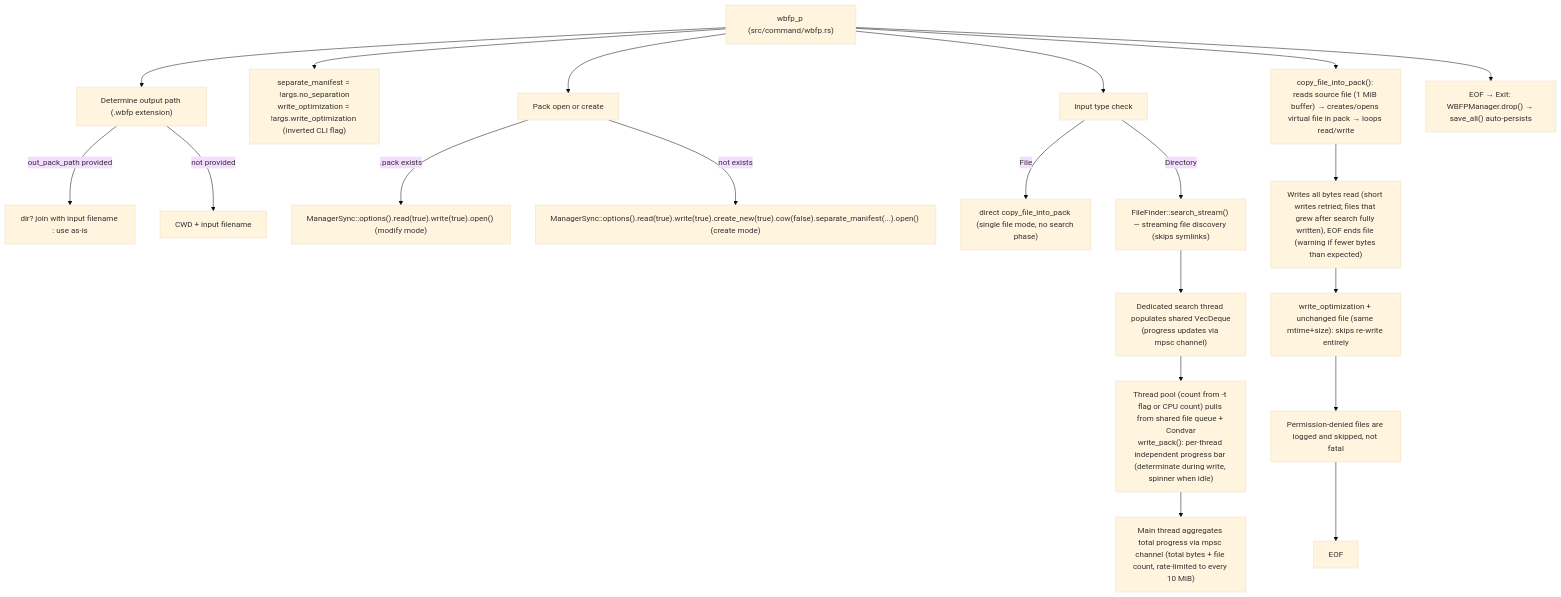
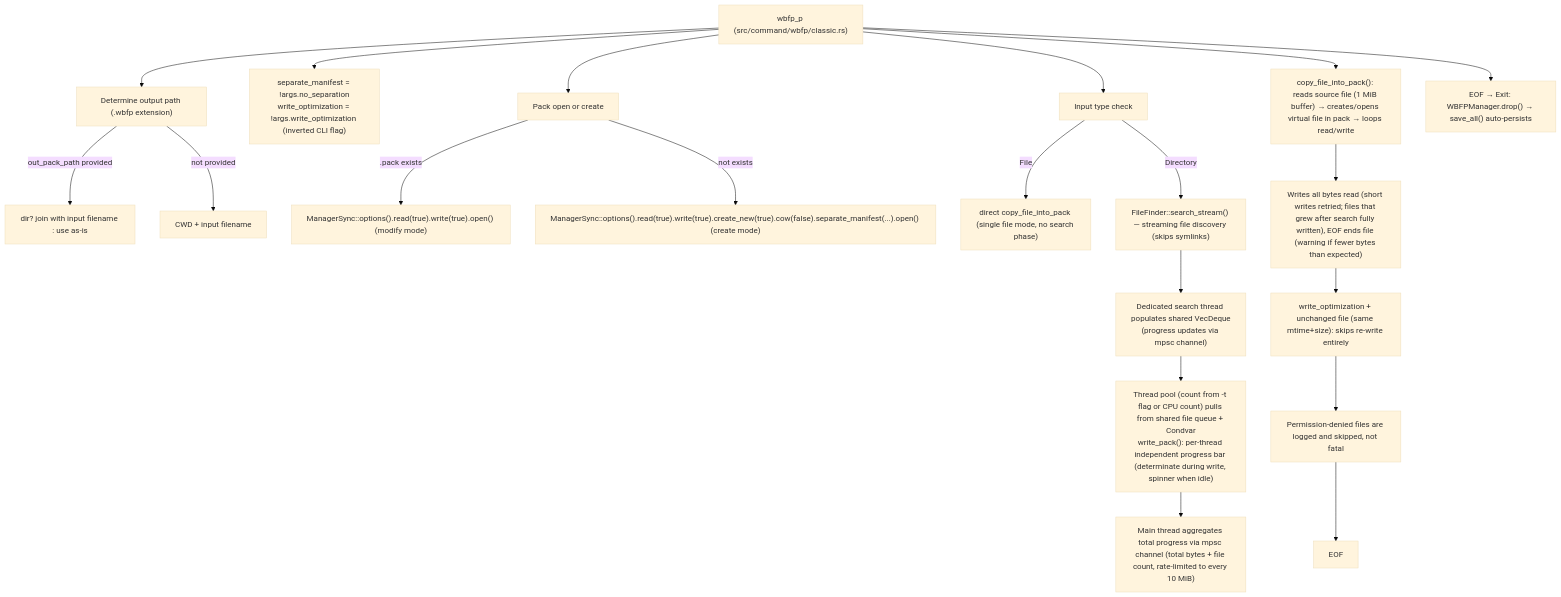
One commit to WaterBall20/water_ball_tool changed the fifth of 9 diagrams in ARCHITECTURE.md. Above: the diagram before and after it, drawn with Mermaid (base theme). The commit also changed other lines of this file and 63 other files, not shown here.

````diff
--- a/ARCHITECTURE.md
+++ b/ARCHITECTURE.md
@@ -895,23 +951,23 @@
 ```mermaid
 flowchart TD
-    P["wbfp_p (src/command/wbfp.rs)"]
+    P["wbfp_p (src/command/wbfp/classic.rs)"]
     P --> D["Determine output path (.wbfp extension)"]
     D -->|" out_pack_path provided "| D1["dir? join with input filename : use as-is"]
     D -->|" not provided "| D2["CWD + input filename"]
     P --> S["separate_manifest = !args.no_separation<br/>write_optimization = !args.write_optimization (inverted CLI flag)"]
     P --> O["Pack open or create"]
     O -->|" .pack exists "| O1["ManagerSync::options().read(true).write(true).open() (modify mode)"]
     O -->|" not exists "| O2["ManagerSync::options().read(true).write(true).create_new(true).cow(false).separate_manifest(...).open() (create mode)"]
     P --> I["Input type check"]
     I -->|" File "| I1["direct copy_file_into_pack (single file mode, no search phase)"]
     I -->|" Directory "| I2["FileFinder::search_stream() — streaming file discovery (skips symlinks)"]
     I2 --> I3["Dedicated search thread populates shared VecDeque<br/>(progress updates via mpsc channel)"]
     I3 --> I4["Thread pool (count from -t flag or CPU count) pulls from shared file queue + Condvar<br/>write_pack(): per-thread independent progress bar (determinate during write, spinner when idle)"]
     I4 --> I5["Main thread aggregates total progress via mpsc channel (total bytes + file count, rate-limited to every 10 MiB)"]
     P --> C["copy_file_into_pack(): reads source file (1 MiB buffer) → creates/opens virtual file in pack → loops read/write"]
     C --> C1["Writes all bytes read (short writes retried; files that grew after search fully written), EOF ends file (warning if fewer bytes than expected)"]
     C1 --> C2["write_optimization + unchanged file (same mtime+size): skips re-write entirely"]
     C2 --> C3["Permission-denied files are logged and skipped, not fatal"]
     C3 --> EOF
     P --> X["EOF → Exit: WBFPManager.drop() → save_all() auto-persists"]
 ```
````
